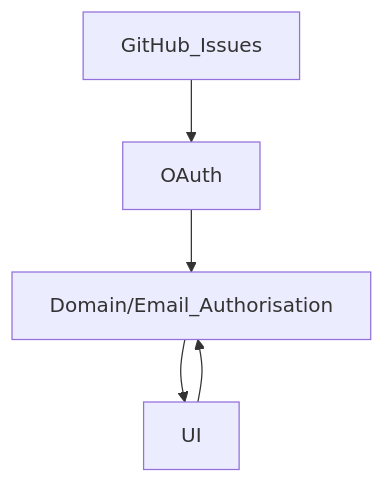
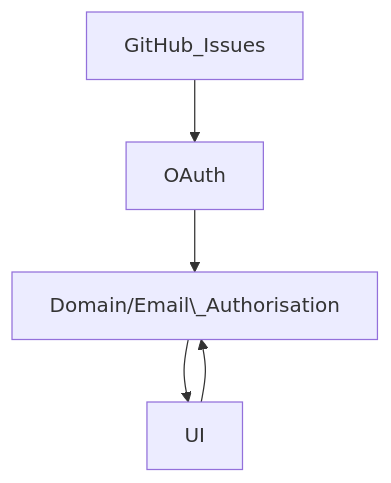
The diagram in README.md (GLD5000/gld-issues), drawn with Mermaid before and after one commit.

````diff
--- a/README.md
+++ b/README.md
@@ -62,7 +62,7 @@
 ```mermaid
 graph TD;
     GitHub_Issues-->OAuth;
-    OAuth-->Domain/Email_Authorisation;
-    Domain/Email_Authorisation-->UI;
-    UI-->Domain/Email_Authorisation;
+    OAuth-->Domain/Email\_Authorisation;
+    Domain/Email\_Authorisation-->UI;
+    UI-->Domain/Email\_Authorisation;
 ```
````
